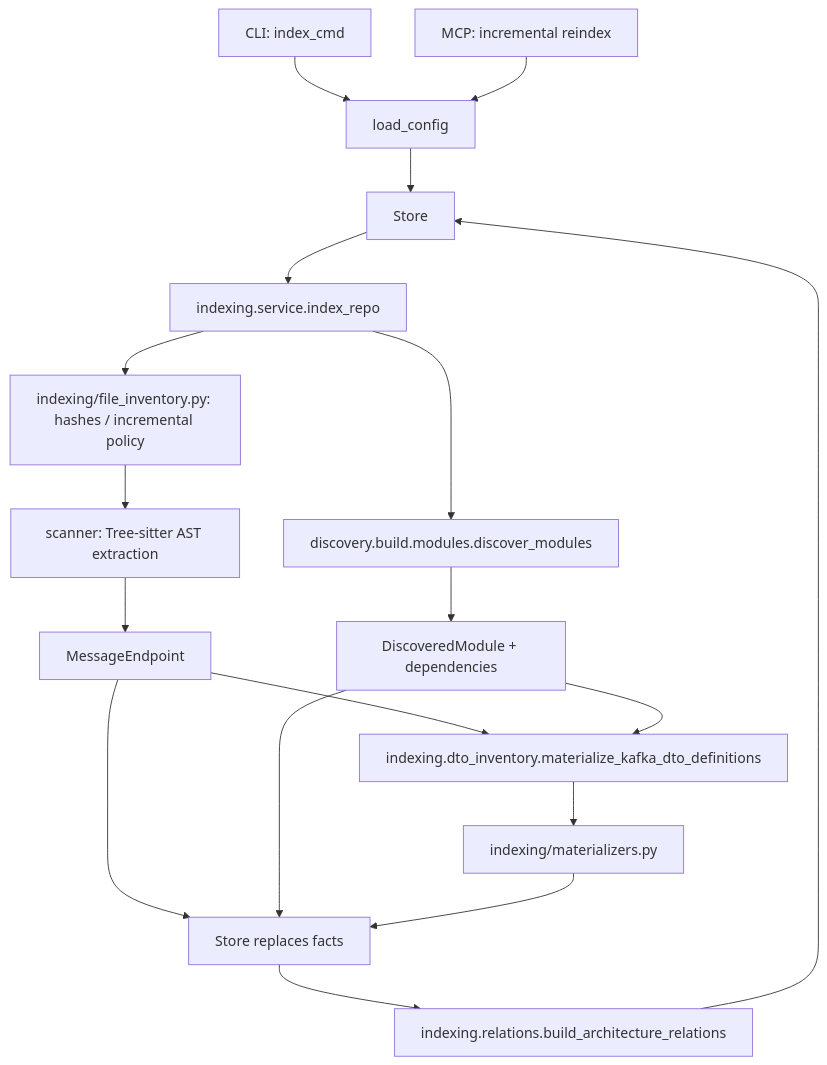
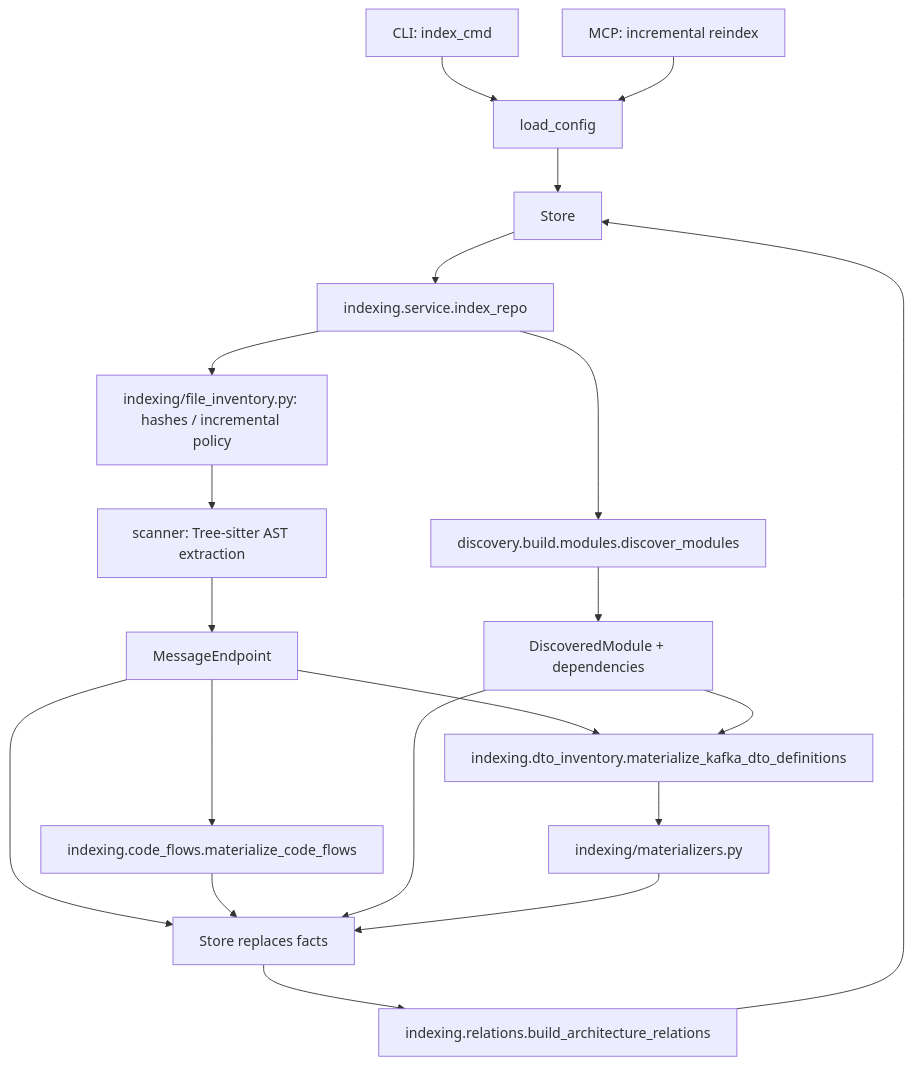
The first of 2 diagrams in docs/ARCHITECTURE.md (elkouhen/systemlens), drawn with Mermaid before and after one commit. The commit also changed other lines of this file and 27 other files, not shown here.

Commit message:
feat: add persisted potential code flows

````diff
--- a/docs/ARCHITECTURE.md
+++ b/docs/ARCHITECTURE.md
@@ -63,20 +63,22 @@
 ```mermaid
 flowchart TD
     CLI["CLI: index_cmd"] --> Config["load_config"]
     MCP["MCP: incremental reindex"] --> Config
     Config --> Store["Store"]
     Store --> Indexer["indexing.service.index_repo"]
     Indexer --> ModuleDiscovery["discovery.build.modules.discover_modules"]
     Indexer --> FileInventory["indexing/file_inventory.py: hashes / incremental policy"]
     FileInventory --> Scanner["scanner: Tree-sitter AST extraction"]
     Scanner --> Facts["MessageEndpoint"]
     ModuleDiscovery --> ModuleFacts["DiscoveredModule + dependencies"]
     Facts --> Persist["Store replaces facts"]
+    Facts --> CodeFlows["indexing.code_flows.materialize_code_flows"]
+    CodeFlows --> Persist
     ModuleFacts --> Persist
     Facts --> DTOInventory["indexing.dto_inventory.materialize_kafka_dto_definitions"]
     ModuleFacts --> DTOInventory
     DTOInventory --> Materializers["indexing/materializers.py"]
     Materializers --> Persist
     Persist --> Relations["indexing.relations.build_architecture_relations"]
     Relations --> Store
 ```
````
